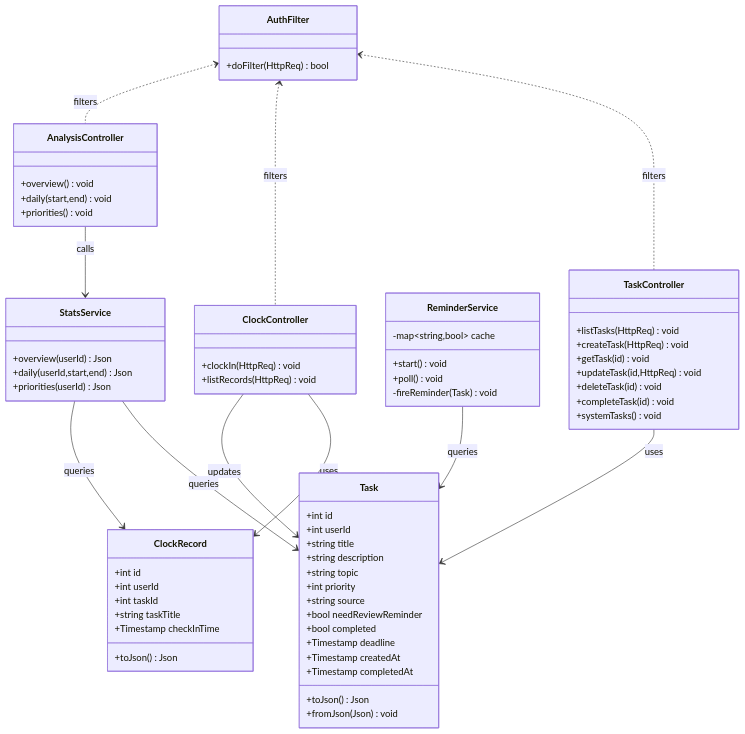
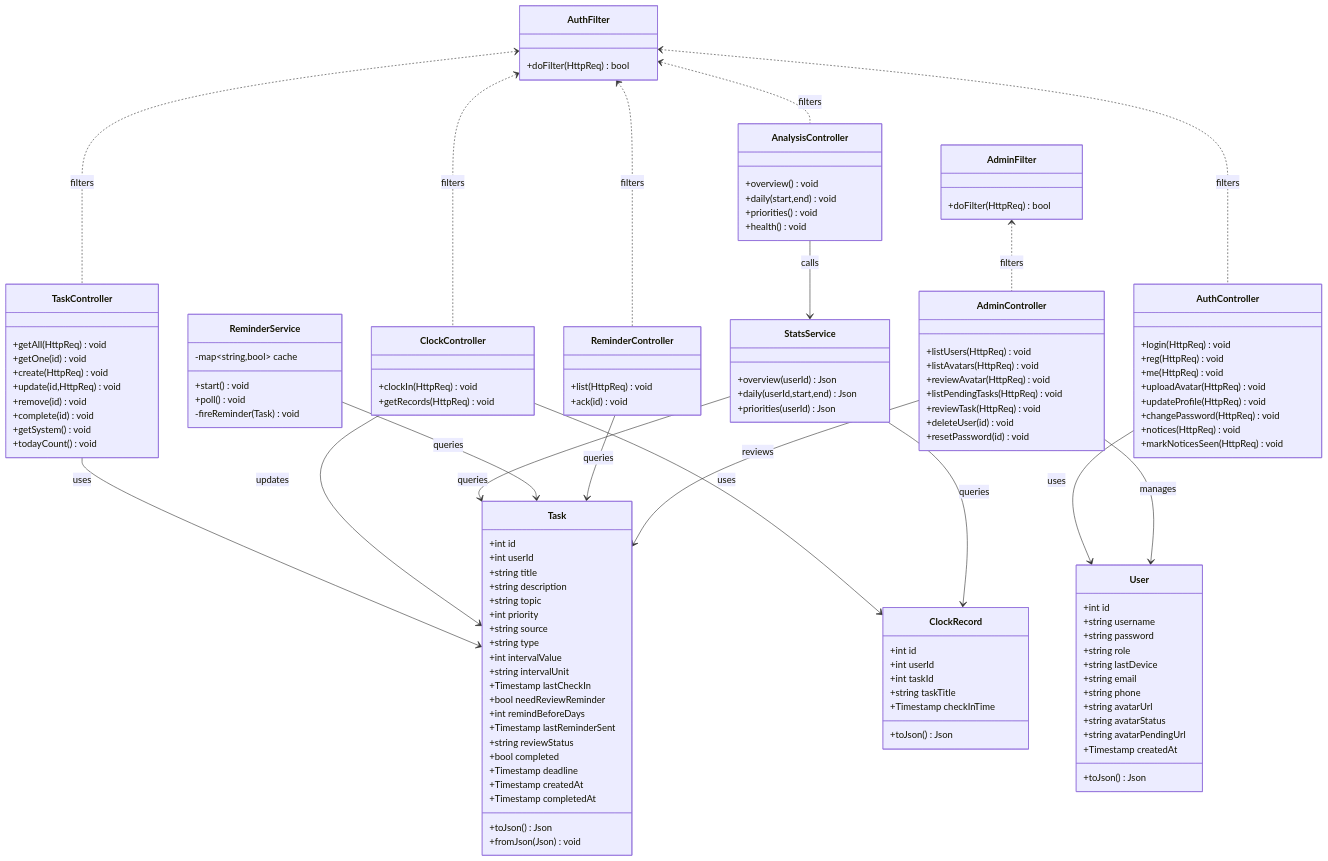
The tenth of 12 diagrams in docs/System_Design_Document.md (An-meng01/cultivation_plan), drawn with Mermaid before and after one commit. The commit also changed other lines of this file and 1 other file, not shown here.

````diff
--- a/docs/System_Design_Document.md
+++ b/docs/System_Design_Document.md
@@ -435,7 +461,14 @@
         +string topic
         +int priority
         +string source
+        +string type
+        +int intervalValue
+        +string intervalUnit
+        +Timestamp lastCheckIn
         +bool needReviewReminder
+        +int remindBeforeDays
+        +Timestamp lastReminderSent
+        +string reviewStatus
         +bool completed
         +Timestamp deadline
         +Timestamp createdAt
@@ -451,23 +484,62 @@
         +Timestamp checkInTime
         +toJson() Json
     }
+    class User {
+        +int id
+        +string username
+        +string password
+        +string role
+        +string lastDevice
+        +string email
+        +string phone
+        +string avatarUrl
+        +string avatarStatus
+        +string avatarPendingUrl
+        +Timestamp createdAt
+        +toJson() Json
+    }
     class TaskController {
-        +listTasks(HttpReq) void
-        +createTask(HttpReq) void
-        +getTask(id) void
-        +updateTask(id,HttpReq) void
-        +deleteTask(id) void
-        +completeTask(id) void
-        +systemTasks() void
+        +getAll(HttpReq) void
+        +getOne(id) void
+        +create(HttpReq) void
+        +update(id,HttpReq) void
+        +remove(id) void
+        +complete(id) void
+        +getSystem() void
+        +todayCount() void
     }
     class ClockController {
         +clockIn(HttpReq) void
-        +listRecords(HttpReq) void
+        +getRecords(HttpReq) void
     }
     class AnalysisController {
         +overview() void
         +daily(start,end) void
         +priorities() void
+        +health() void
+    }
+    class AuthController {
+        +login(HttpReq) void
+        +reg(HttpReq) void
+        +me(HttpReq) void
+        +uploadAvatar(HttpReq) void
+        +updateProfile(HttpReq) void
+        +changePassword(HttpReq) void
+        +notices(HttpReq) void
+        +markNoticesSeen(HttpReq) void
+    }
+    class AdminController {
+        +listUsers(HttpReq) void
+        +listAvatars(HttpReq) void
+        +reviewAvatar(HttpReq) void
+        +listPendingTasks(HttpReq) void
+        +reviewTask(HttpReq) void
+        +deleteUser(id) void
+        +resetPassword(id) void
+    }
+    class ReminderController {
+        +list(HttpReq) void
+        +ack(id) void
     }
     class ReminderService {
         -map~string,bool~ cache
@@ -483,6 +555,9 @@
     class AuthFilter {
         +doFilter(HttpReq) bool
     }
+    class AdminFilter {
+        +doFilter(HttpReq) bool
+    }
 
     TaskController --> Task : uses
     ClockController --> ClockRecord : uses
@@ -491,7 +566,14 @@
     StatsService --> Task : queries
     StatsService --> ClockRecord : queries
     ReminderService --> Task : queries
+    ReminderController --> Task : queries
+    AuthController --> User : uses
+    AdminController --> User : manages
+    AdminController --> Task : reviews
     AuthFilter <.. TaskController : filters
     AuthFilter <.. ClockController : filters
     AuthFilter <.. AnalysisController : filters
+    AuthFilter <.. AuthController : filters
+    AuthFilter <.. ReminderController : filters
+    AdminFilter <.. AdminController : filters
 ```
````
